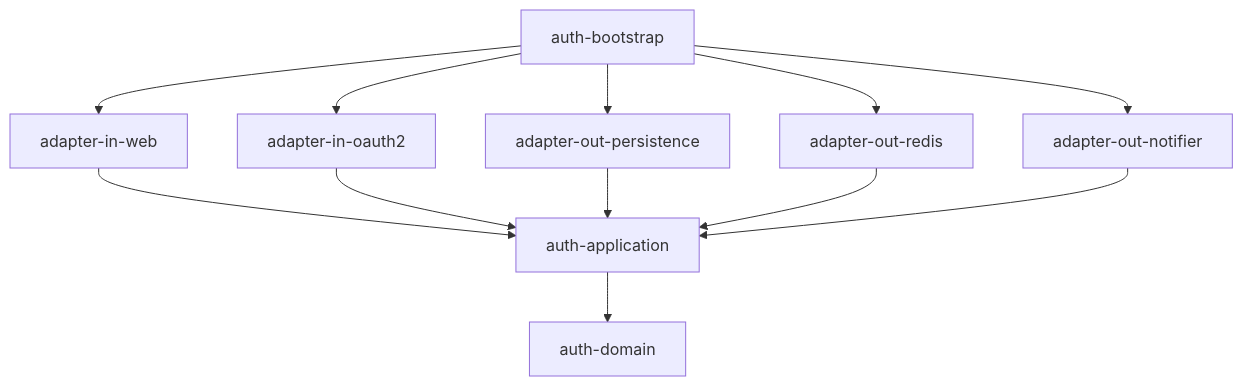
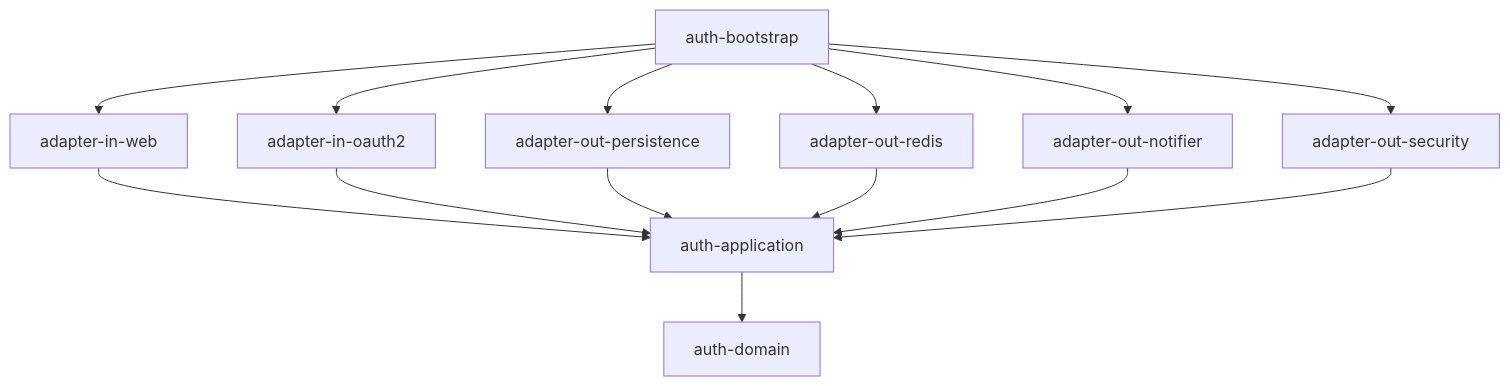
Before and after one commit to kang30984/mini-sso: the diagram in README.md, drawn with Mermaid. The commit also changed other lines of this file and 77 other files, not shown here.

````diff
--- a/README.md
+++ b/README.md
@@ -31,14 +31,16 @@
 ```mermaid
 flowchart TD
     boot[auth-bootstrap] --> web[adapter-in-web]
     boot --> oauth[adapter-in-oauth2]
     boot --> jpa[adapter-out-persistence]
     boot --> redis[adapter-out-redis]
     boot --> noti[adapter-out-notifier]
+    boot --> sec[adapter-out-security]
     web --> app[auth-application]
     oauth --> app
     jpa --> app
     redis --> app
     noti --> app
+    sec --> app
     app --> dom[auth-domain]
 ```
````
